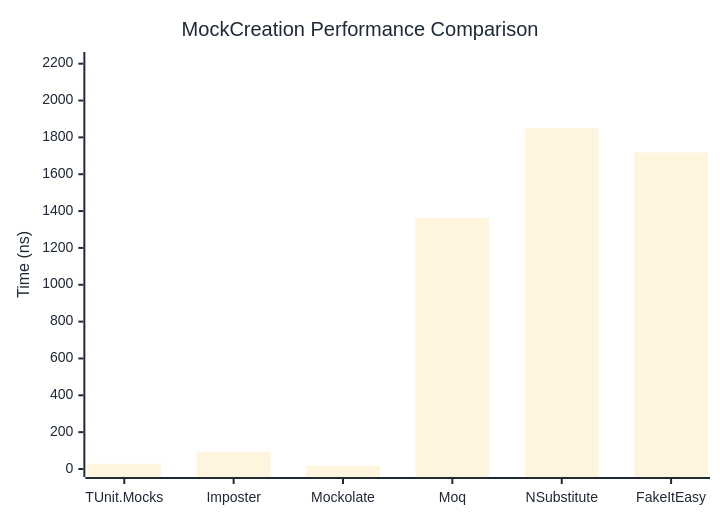
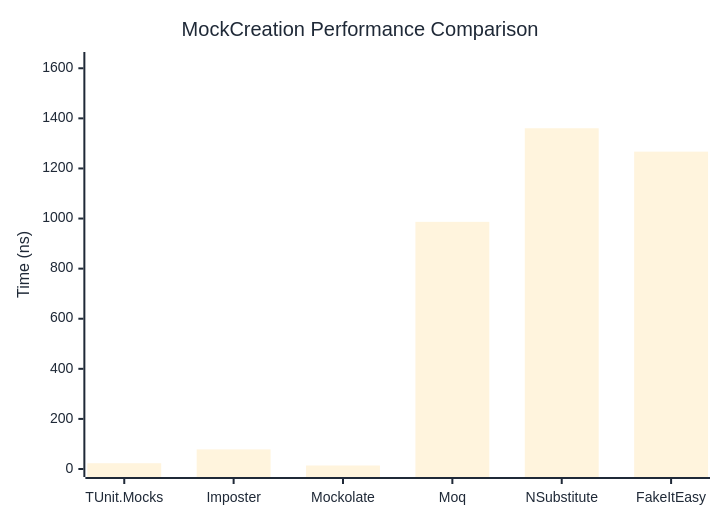
The first of 2 diagrams in docs/docs/benchmarks/mocks/MockCreation.md (thomhurst/TUnit), drawn with Mermaid before and after one commit. The commit also changed other lines of this file and 14 other files, not shown here.

````diff
--- a/docs/docs/benchmarks/mocks/MockCreation.md
+++ b/docs/docs/benchmarks/mocks/MockCreation.md
@@ -30,27 +30,27 @@
 ```mermaid
 %%{init: {
   'theme':'base',
   'themeVariables': {
     'primaryColor': '#2563eb',
     'primaryTextColor': '#1f2937',
     'primaryBorderColor': '#1e40af',
     'lineColor': '#6b7280',
     'secondaryColor': '#7c3aed',
     'tertiaryColor': '#dc2626',
     'background': '#ffffff',
     'pie1': '#2563eb',
     'pie2': '#7c3aed',
     'pie3': '#dc2626',
     'pie4': '#f59e0b',
     'pie5': '#10b981',
     'pie6': '#06b6d4',
     'pie7': '#ec4899',
     'pie8': '#6366f1'
   }
 }}%%
 xychart-beta
   title "MockCreation Performance Comparison"
   x-axis ["TUnit.Mocks", "Imposter", "Mockolate", "Moq", "NSubstitute", "FakeItEasy"]
-  y-axis "Time (ns)" 0 --> 2220
-  bar [28.69, 92.12, 17.94, 1363.28, 1849.19, 1717.8]
+  y-axis "Time (ns)" 0 --> 1633
+  bar [23.03, 78.3, 14.01, 986.81, 1360.48, 1267.14]
 ```
````
